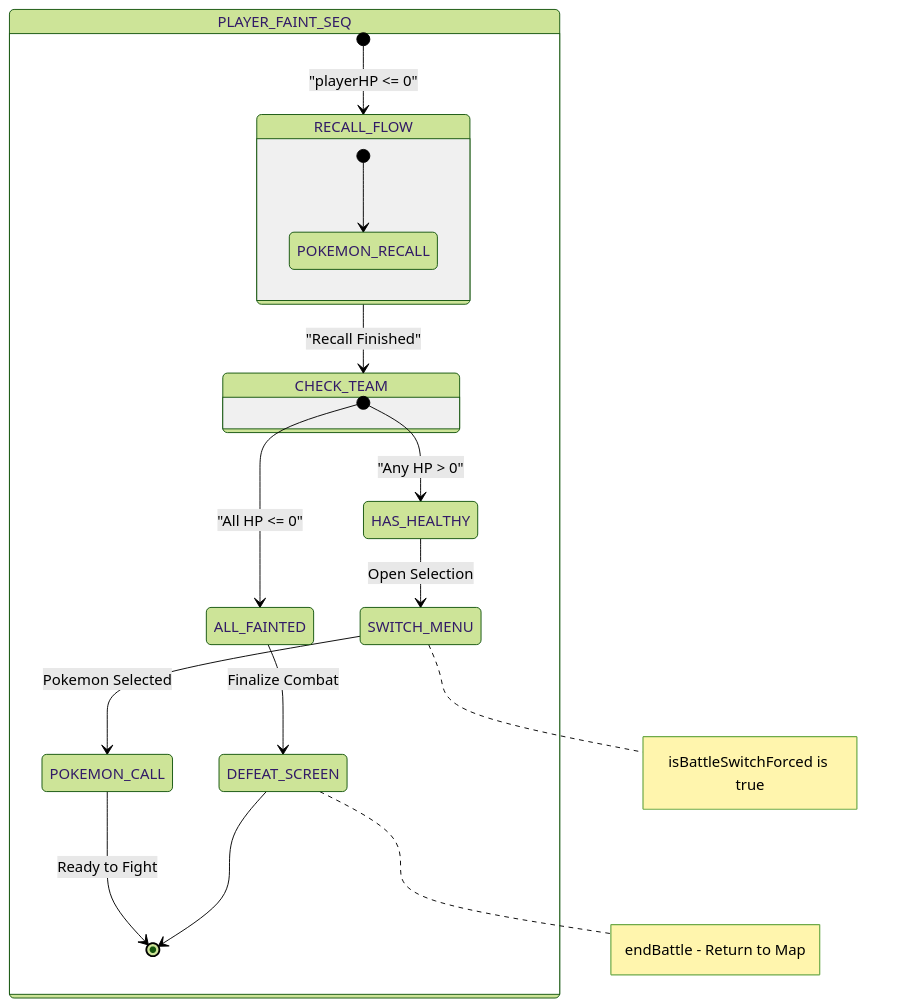
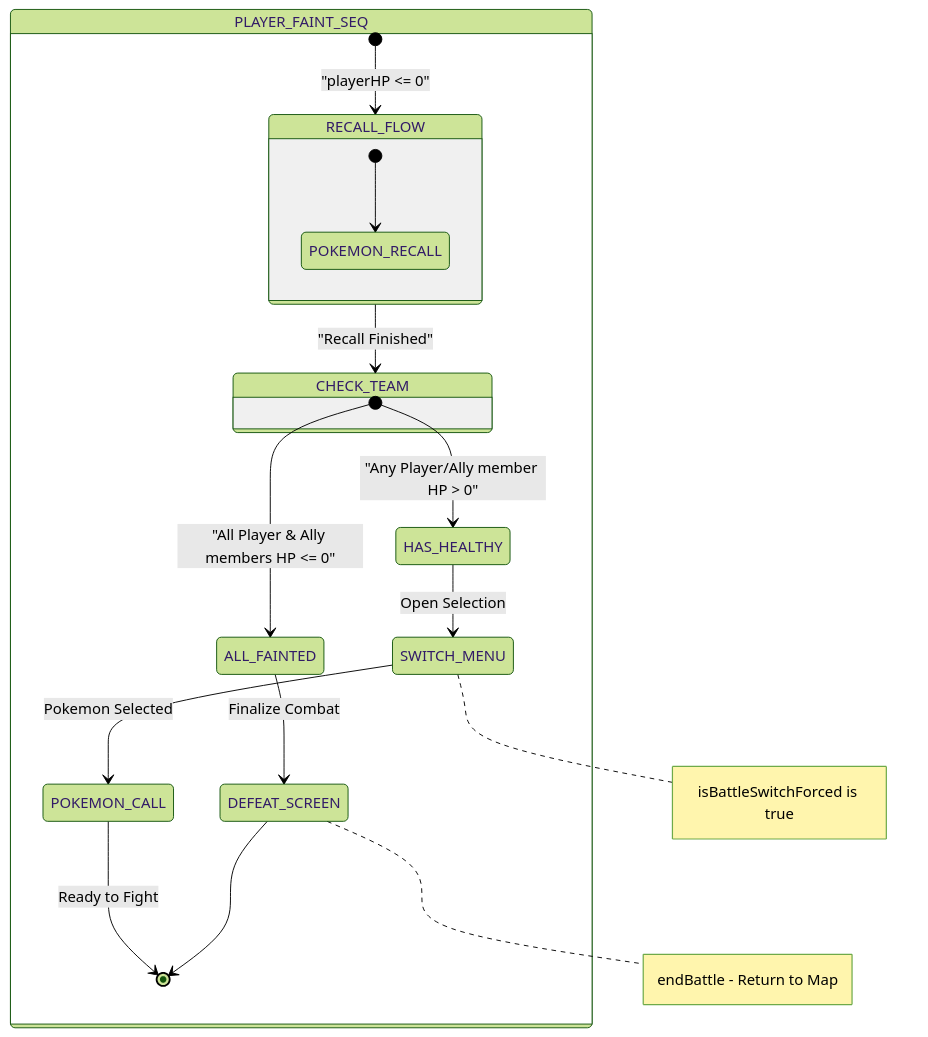
One commit to Darkham77/PokeBorrador changed diagram 12 of 18 in .agents/skills/project-standards/references/battle/battle_mechanics_manual.md. Above: the diagram before and after it, drawn with Mermaid (forest theme). The commit also changed other lines of this file and 20 other files, not shown here.

````diff
--- a/.agents/skills/project-standards/references/battle/battle_mechanics_manual.md
+++ b/.agents/skills/project-standards/references/battle/battle_mechanics_manual.md
@@ -685,27 +665,27 @@
 ```mermaid
 stateDiagram-v2
     state PLAYER_FAINT_SEQ {
         [*] --> RECALL_FLOW: "playerHP <= 0"
         
         state RECALL_FLOW {
             [*] --> POKEMON_RECALL
         }
         
         RECALL_FLOW --> CHECK_TEAM: "Recall Finished"
         
         state CHECK_TEAM {
-            [*] --> HAS_HEALTHY: "Any HP > 0"
-            [*] --> ALL_FAINTED: "All HP <= 0"
+            [*] --> HAS_HEALTHY: "Any Player/Ally member HP > 0"
+            [*] --> ALL_FAINTED: "All Player & Ally members HP <= 0"
         }
         
         HAS_HEALTHY --> SWITCH_MENU : Open Selection
         note right of SWITCH_MENU: isBattleSwitchForced is true
         
         SWITCH_MENU --> POKEMON_CALL : Pokemon Selected
         POKEMON_CALL --> [*] : Ready to Fight
         
         ALL_FAINTED --> DEFEAT_SCREEN : Finalize Combat
         DEFEAT_SCREEN --> [*]
     }
     note right of DEFEAT_SCREEN: endBattle - Return to Map
 ```
````
